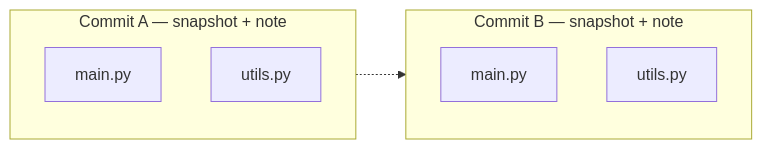
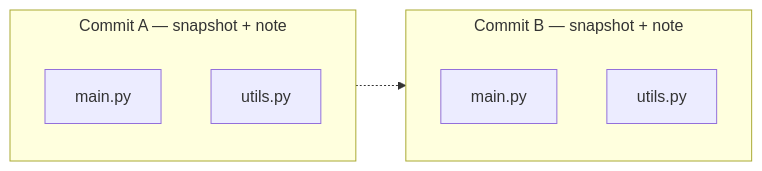
Before and after one commit to Ackii-Lo/2627-weekly-session: the second of 16 diagrams in Contents/S02-20261030-Git/Slides.md, drawn with Mermaid. The commit also changed other lines of this file and 6 other files, not shown here.

````diff
--- a/Contents/S02-20261030-Git/Slides.md
+++ b/Contents/S02-20261030-Git/Slides.md
@@ -278,12 +277,13 @@
 ```mermaid
+%%{init: {"flowchart": {"subGraphTitleMargin": {"top": 4, "bottom": 18}}}}%%
 graph LR
   subgraph CA["Commit A — snapshot + note"]
     F1["main.py"]
     F2["utils.py"]
   end
   subgraph CB["Commit B — snapshot + note"]
     G1["main.py"]
     G2["utils.py"]
   end
   CA -.-> CB
 ```
````
